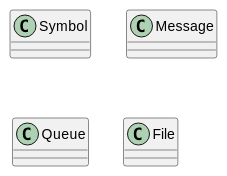
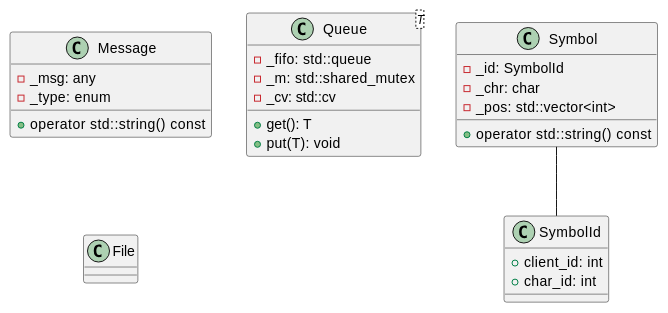
Before and after one commit to aleoli/Shared-Editor: the first of 3 diagrams in docs/Class diagrams.md, drawn with PlantUML. The commit also changed other lines of this file, not shown here.

Commit message:
update class diagram (message, queue, symbol)

```diff
--- a/docs/Class diagrams.md
+++ b/docs/Class diagrams.md
@@ -9,18 +9,35 @@
 @startuml
 class Symbol {
+- _id: SymbolId
+- _chr: char
+- _pos: std::vector<int>
 
++ operator std::string() const
 }
 
-class Message {
-
+class SymbolId {
++ client_id: int
++ char_id: int
 }
 
-class Queue {
+Symbol -- SymbolId
 
+class Message {
+- _msg: any
+- _type: enum
 
++ operator std::string() const
+}
+
+class Queue<T> {
+- _fifo: std::queue
+- _m: std::shared_mutex
+- _cv: std::cv
++ get(): T
++ put(T): void
 }
 
 class File {
 
 }
 @enduml
```
